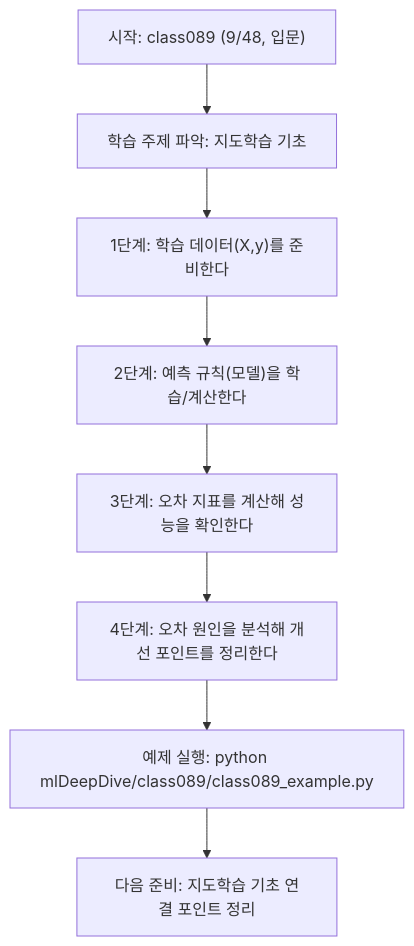
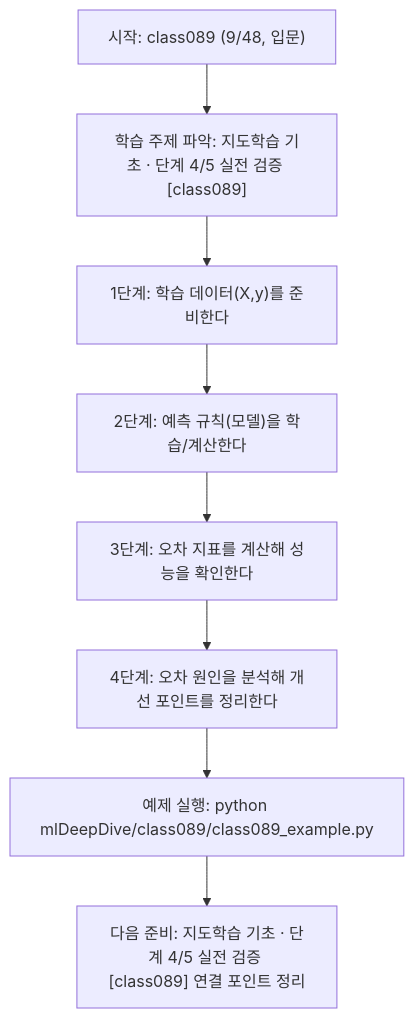
Before and after one commit to edumgt/Python-AI_Agent-Class: the diagram in mlDeepDive/class089/class089.md, drawn with Mermaid. The commit also changed other lines of this file and 522 other files, not shown here.

````diff
--- a/mlDeepDive/class089/class089.md
+++ b/mlDeepDive/class089/class089.md
@@ -108,18 +109,18 @@
 ```mermaid
 flowchart TD
 N1["시작: class089 (9/48, 입문)"]
-N2["학습 주제 파악: 지도학습 기초"]
+N2["학습 주제 파악: 지도학습 기초 · 단계 4/5 실전 검증 [class089]"]
 N3["1단계: 학습 데이터(X,y)를 준비한다"]
 N4["2단계: 예측 규칙(모델)을 학습/계산한다"]
 N5["3단계: 오차 지표를 계산해 성능을 확인한다"]
 N6["4단계: 오차 원인을 분석해 개선 포인트를 정리한다"]
 N7["예제 실행: python mlDeepDive/class089/class089_example.py"]
-N8["다음 준비: 지도학습 기초 연결 포인트 정리"]
+N8["다음 준비: 지도학습 기초 · 단계 4/5 실전 검증 [class089] 연결 포인트 정리"]
 N1 --> N2
 N2 --> N3
 N3 --> N4
 N4 --> N5
 N5 --> N6
 N6 --> N7
 N7 --> N8
 ```
````
